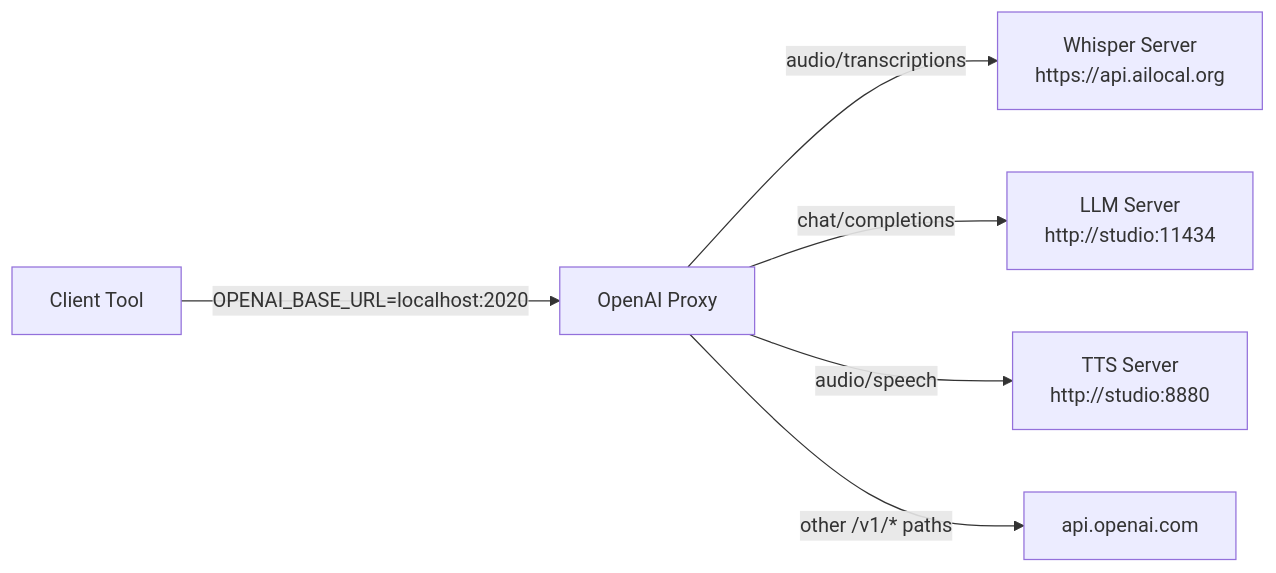
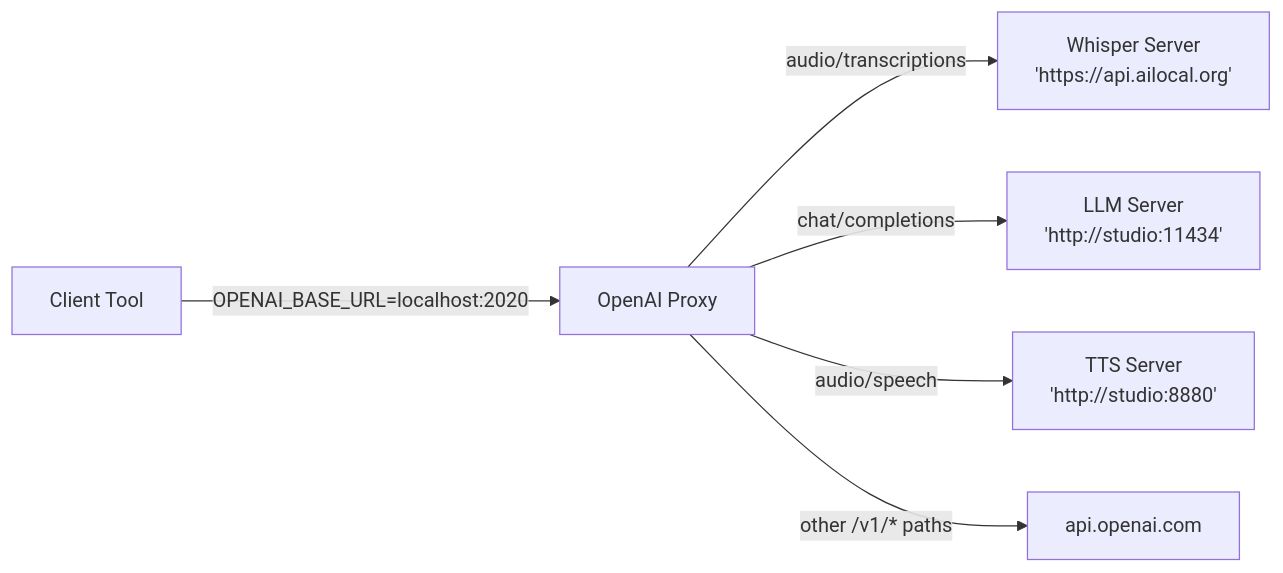
One commit to ailocal/openai-proxy changed the diagram in docs/architecture.md. Above: the diagram before and after it, drawn with Mermaid.

Commit message:
docs: Quote URLs in Mermaid diagram to resolve markdown rendering

````diff
--- a/docs/architecture.md
+++ b/docs/architecture.md
@@ -5,9 +5,9 @@
 ```mermaid
 graph LR
     A["Client Tool"] -->|"OPENAI_BASE_URL=localhost:2020"| B["OpenAI Proxy"]
     
-    B -->|"audio/transcriptions"| C["Whisper Server\nhttps://api.ailocal.org"]
-    B -->|"chat/completions"| D["LLM Server\nhttp://studio:11434"]
-    B -->|"audio/speech"| E["TTS Server\nhttp://studio:8880"]
+    B -->|"audio/transcriptions"| C["Whisper Server\n'https://api.ailocal.org'"]
+    B -->|"chat/completions"| D["LLM Server\n'http://studio:11434'"]
+    B -->|"audio/speech"| E["TTS Server\n'http://studio:8880'"]
     B -->|"other /v1/* paths"| F["api.openai.com"]
 ```
````
